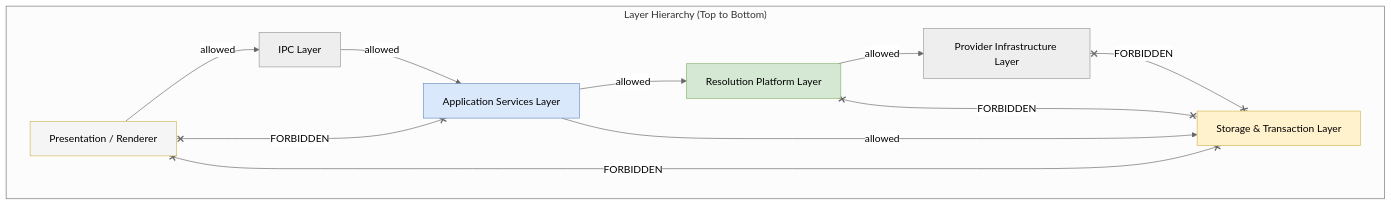
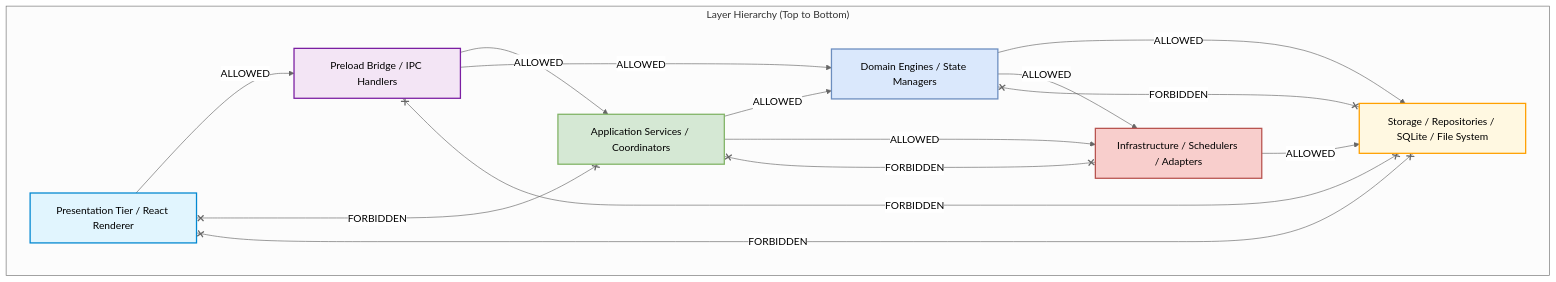
One commit to vnyvk2/Sita changed the first of 2 diagrams in architecture/02_Dependency_Rules.md. Above: the diagram before and after it, drawn with Mermaid (neutral theme). The commit also changed other lines of this file and 14 other files, not shown here.

Commit message:
docs(architecture): complete Nora Architecture Atlas and comprehensive subsystem graphs

````diff
--- a/architecture/02_Dependency_Rules.md
+++ b/architecture/02_Dependency_Rules.md
@@ -9,27 +9,33 @@
 ```mermaid
 graph TD
     subgraph Layers ["Layer Hierarchy (Top to Bottom)"]
-        UI[Presentation / Renderer]
-        IPC[IPC Layer]
-        AppSvc[Application Services Layer]
-        ResPlatform[Resolution Platform Layer]
-        ProvInfra[Provider Infrastructure Layer]
-        StorageTx[Storage & Transaction Layer]
+        Pres[Presentation Tier / React Renderer]
+        Bridge[Preload Bridge / IPC Handlers]
+        Apps[Application Services / Coordinators]
+        Engines[Domain Engines / State Managers]
+        Infra[Infrastructure / Schedulers / Adapters]
+        Storage[Storage / Repositories / SQLite / File System]
     end
 
-    UI -->|allowed| IPC
-    IPC -->|allowed| AppSvc
-    AppSvc -->|allowed| ResPlatform
-    AppSvc -->|allowed| StorageTx
-    ResPlatform -->|allowed| ProvInfra
+    Pres -->|ALLOWED| Bridge
+    Bridge -->|ALLOWED| Apps
+    Bridge -->|ALLOWED| Engines
+    Apps -->|ALLOWED| Engines
+    Apps -->|ALLOWED| Infra
+    Engines -->|ALLOWED| Storage
+    Engines -->|ALLOWED| Infra
+    Infra -->|ALLOWED| Storage
 
-    UI x-- FORBIDDEN --x AppSvc
-    UI x-- FORBIDDEN --x StorageTx
-    ProvInfra x-- FORBIDDEN --x StorageTx
-    StorageTx x-- FORBIDDEN --x ResPlatform
+    Pres x-- FORBIDDEN --x Apps
+    Pres x-- FORBIDDEN --x Storage
+    Bridge x-- FORBIDDEN --x Storage
+    Infra x-- FORBIDDEN --x Apps
+    Storage x-- FORBIDDEN --x Engines
 
-    style UI fill:#f5f5f5,stroke:#d6b656
-    style AppSvc fill:#dae8fc,stroke:#6c8ebf
-    style ResPlatform fill:#d5e8d4,stroke:#82b366
-    style StorageTx fill:#fff2cc,stroke:#d6b656
+    style Pres fill:#e1f5fe,stroke:#0288d1,stroke-width:2px
+    style Bridge fill:#f3e5f5,stroke:#7b1fa2,stroke-width:2px
+    style Apps fill:#d5e8d4,stroke:#82b366,stroke-width:2px
+    style Engines fill:#dae8fc,stroke:#6c8ebf,stroke-width:2px
+    style Infra fill:#f8cecc,stroke:#b85450,stroke-width:2px
+    style Storage fill:#fff8e1,stroke:#ffa000,stroke-width:2px
 ```
````
